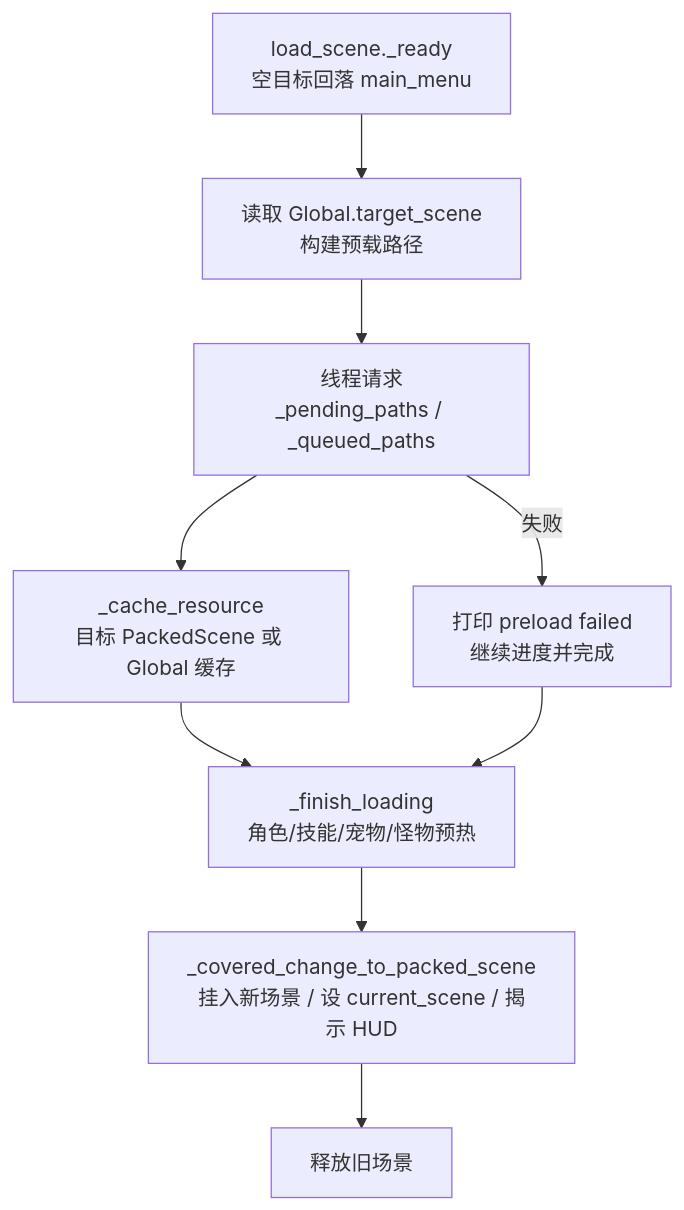
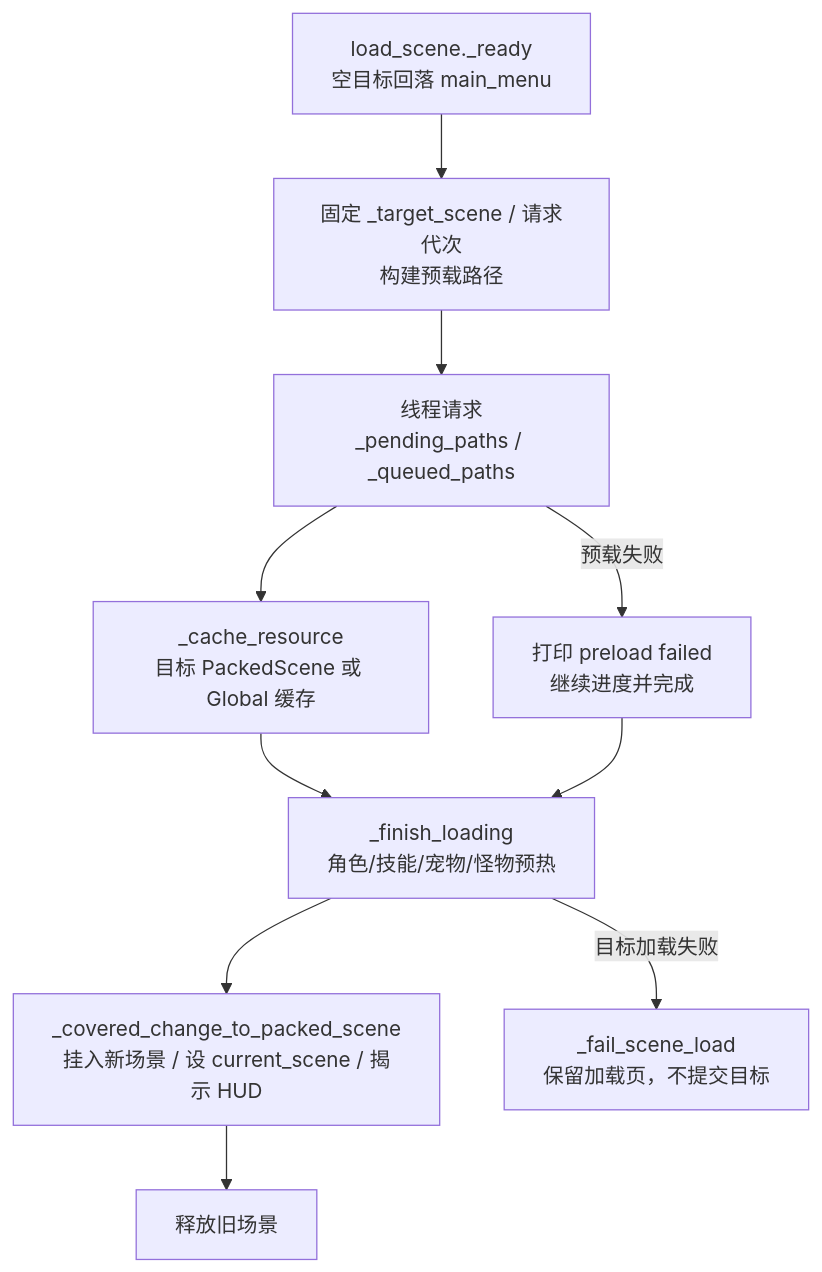
One commit to 0xnayuta/BHYH changed the diagram in docs/reference/runtime_lifecycle_matrix.md. Above: the diagram before and after it, drawn with Mermaid. The commit also changed other lines of this file and 10 other files, not shown here.

````diff
--- a/docs/reference/runtime_lifecycle_matrix.md
+++ b/docs/reference/runtime_lifecycle_matrix.md
@@ -132,11 +132,12 @@
 ```mermaid
 flowchart TD
-    A["load_scene._ready<br/>空目标回落 main_menu"] --> B["读取 Global.target_scene<br/>构建预载路径"]
+    A["load_scene._ready<br/>空目标回落 main_menu"] --> B["固定 _target_scene / 请求代次<br/>构建预载路径"]
     B --> C["线程请求<br/>_pending_paths / _queued_paths"]
     C --> D["_cache_resource<br/>目标 PackedScene 或 Global 缓存"]
     D --> E["_finish_loading<br/>角色/技能/宠物/怪物预热"]
     E --> F["_covered_change_to_packed_scene<br/>挂入新场景 / 设 current_scene / 揭示 HUD"]
     F --> G["释放旧场景"]
-    C -->|"失败"| H["打印 preload failed<br/>继续进度并完成"]
+    C -->|"预载失败"| H["打印 preload failed<br/>继续进度并完成"]
     H --> E
+    E -->|"目标加载失败"| I["_fail_scene_load<br/>保留加载页，不提交目标"]
 ```
````
